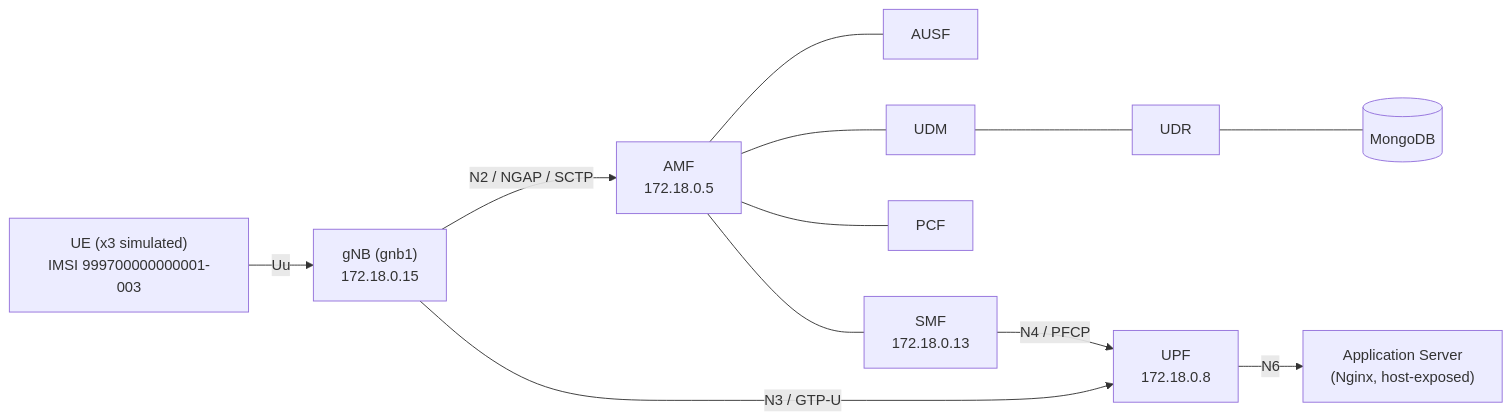
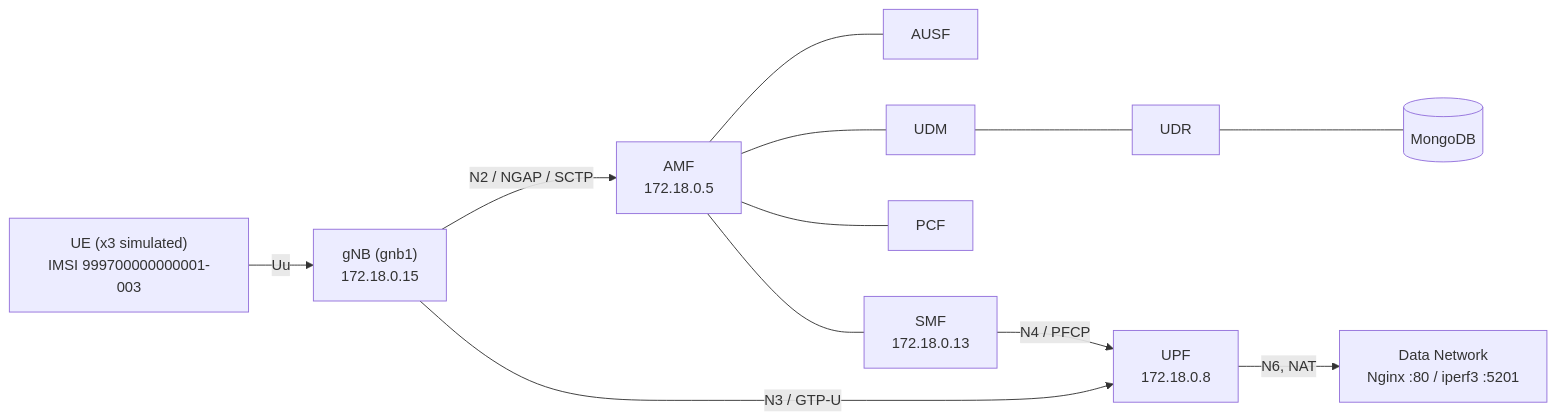
The diagram in Projet2/REPORT.md (LeVraiDamien/ProjetTelecom), drawn with Mermaid before and after one commit. The commit also changed other lines of this file and 9 other files, not shown here.

````diff
--- a/Projet2/REPORT.md
+++ b/Projet2/REPORT.md
@@ -31,14 +31,14 @@
 ```mermaid
 graph LR
     UE["UE (x3 simulated)<br/>IMSI 999700000000001-003"] -->|Uu| GNB["gNB (gnb1)<br/>172.18.0.15"]
     GNB -->|N2 / NGAP / SCTP| AMF["AMF<br/>172.18.0.5"]
     GNB -->|N3 / GTP-U| UPF["UPF<br/>172.18.0.8"]
     AMF --- AUSF["AUSF"]
     AMF --- UDM["UDM"]
     AMF --- PCF["PCF"]
     AMF --- SMF["SMF<br/>172.18.0.13"]
     SMF -->|N4 / PFCP| UPF
     UDM --- UDR["UDR"]
     UDR --- MONGO[("MongoDB")]
-    UPF -->|N6| APP["Application Server<br/>(Nginx, host-exposed)"]
+    UPF -->|N6, NAT| APP["Data Network<br/>Nginx :80 / iperf3 :5201"]
 ```
````
